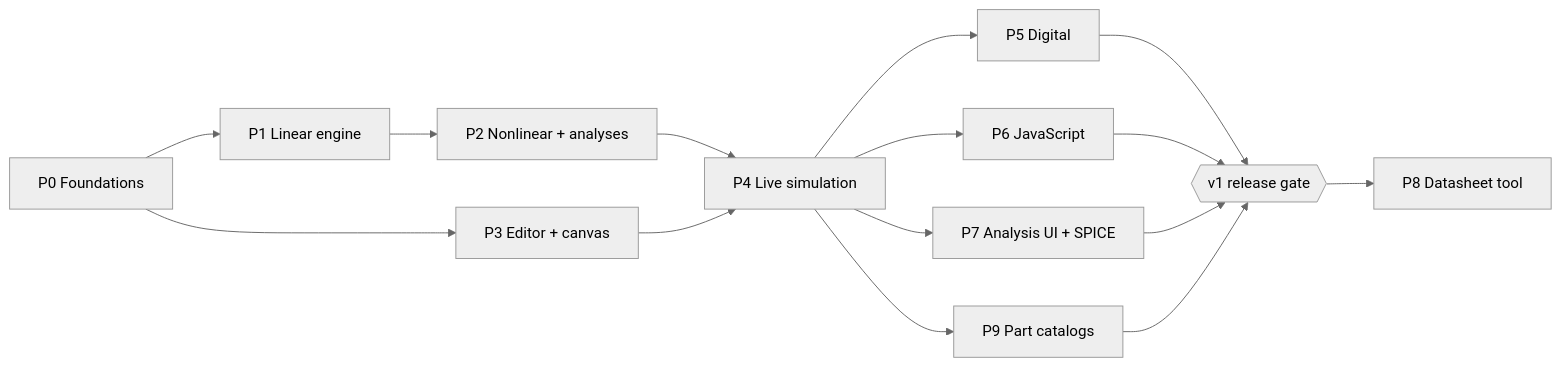
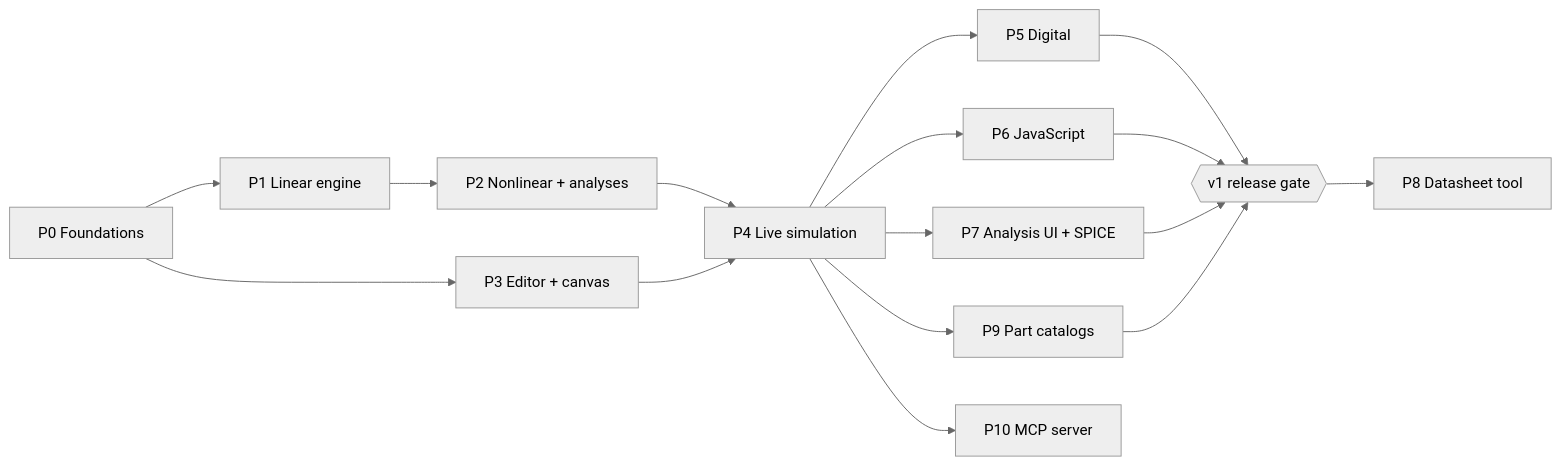
One commit to alfu32/electrocraft changed the second of 2 diagrams in ELECTROCRAFT-PLAN.SPEC.md. Above: the diagram before and after it, drawn with Mermaid (neutral theme). The commit also changed other lines of this file and 25 other files, not shown here.

First line of the commit message:
feat: MCP server (electrocraft --mcp) with manual tool, instructions and resources; 0.1.12

````diff
--- a/ELECTROCRAFT-PLAN.SPEC.md
+++ b/ELECTROCRAFT-PLAN.SPEC.md
@@ -691,17 +703,18 @@
 ```mermaid
 flowchart LR
   P0[P0 Foundations] --> P1[P1 Linear engine]
   P1 --> P2[P2 Nonlinear + analyses]
   P0 --> P3[P3 Editor + canvas]
   P2 --> P4[P4 Live simulation]
   P3 --> P4
   P4 --> P5[P5 Digital]
   P4 --> P6[P6 JavaScript]
   P4 --> P7[P7 Analysis UI + SPICE]
   P5 --> V1{{v1 release gate}}
   P6 --> V1
   P7 --> V1
   P4 --> P9[P9 Part catalogs]
   P9 --> V1
+  P4 --> P10[P10 MCP server]
   V1 --> P8[P8 Datasheet tool]
 ```
````
